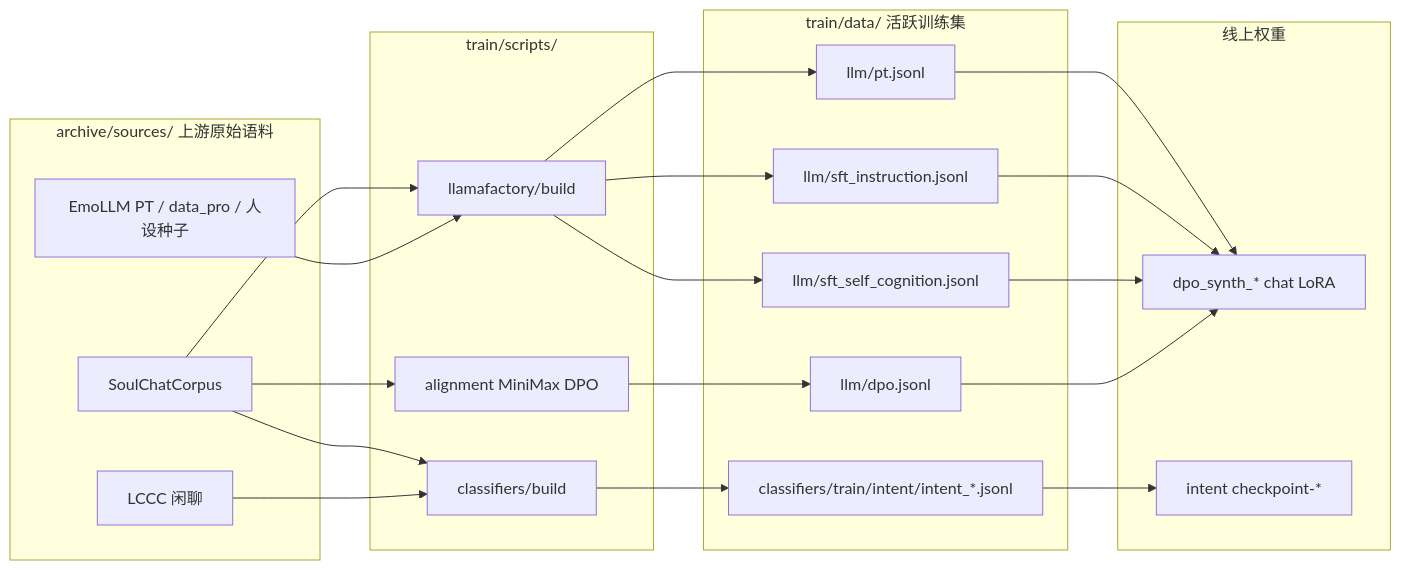
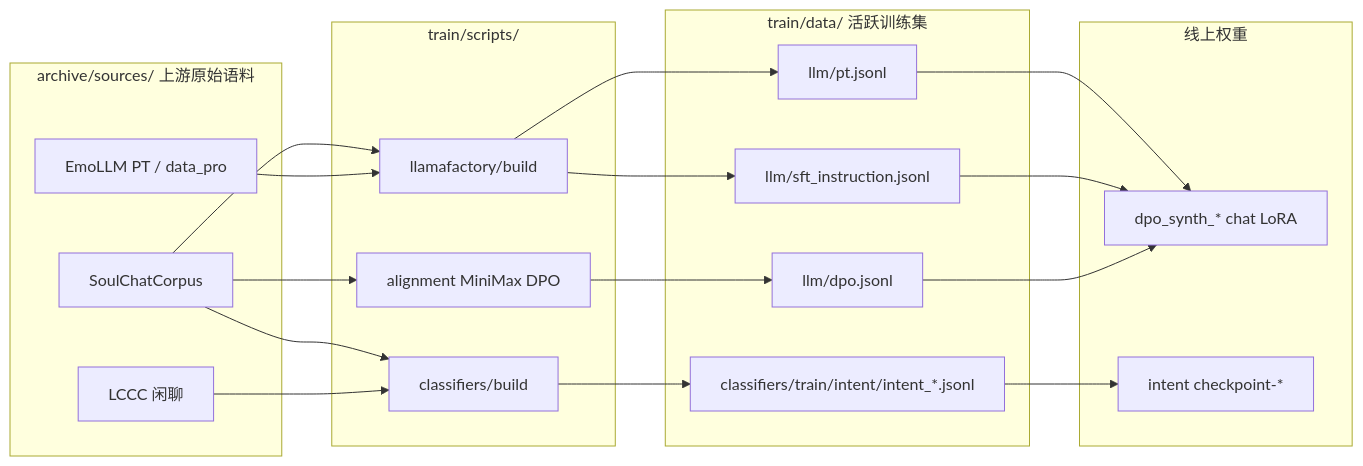
The diagram in 项目文档/04_数据构建与样例.md (Hi-Zachary/Soulharbor), drawn with Mermaid before and after one commit. The commit also changed other lines of this file and 51 other files, not shown here.

````diff
--- a/项目文档/04_数据构建与样例.md
+++ b/项目文档/04_数据构建与样例.md
@@ -27,41 +15,39 @@
 ```mermaid
 flowchart LR
   subgraph Upstream["archive/sources/ 上游原始语料"]
     SC[SoulChatCorpus]
     LCCC[LCCC 闲聊]
-    EmoPT[EmoLLM PT / data_pro / 人设种子]
+    EmoPT[EmoLLM PT / data_pro]
   end
 
   subgraph Build["train/scripts/"]
     B1[llamafactory/build]
     B2[classifiers/build]
     B3[alignment MiniMax DPO]
   end
 
   subgraph Data["train/data/ 活跃训练集"]
     PT[llm/pt.jsonl]
     SFT[llm/sft_instruction.jsonl]
-    COG[llm/sft_self_cognition.jsonl]
     DPO[llm/dpo.jsonl]
     INT[classifiers/train/intent/intent_*.jsonl]
   end
 
   subgraph Weights["线上权重"]
     W1[dpo_synth_* chat LoRA]
     W3[intent checkpoint-*]
   end
 
   SC --> B1
   SC --> B2
   SC --> B3
   LCCC --> B2
   EmoPT --> B1
-  B1 --> PT & SFT & COG
+  B1 --> PT & SFT
   B3 --> DPO
   B2 --> INT
   PT --> W1
   SFT --> W1
-  COG --> W1
   DPO --> W1
   INT --> W3
 ```
````
